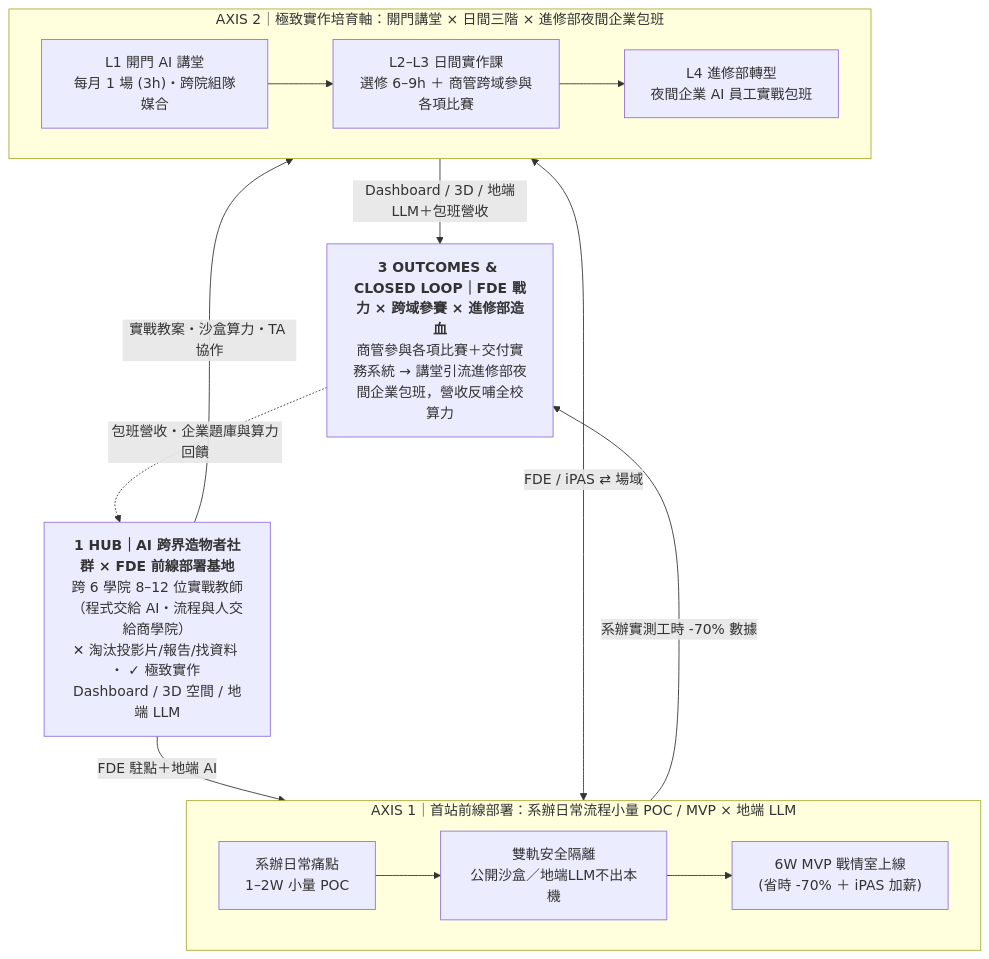
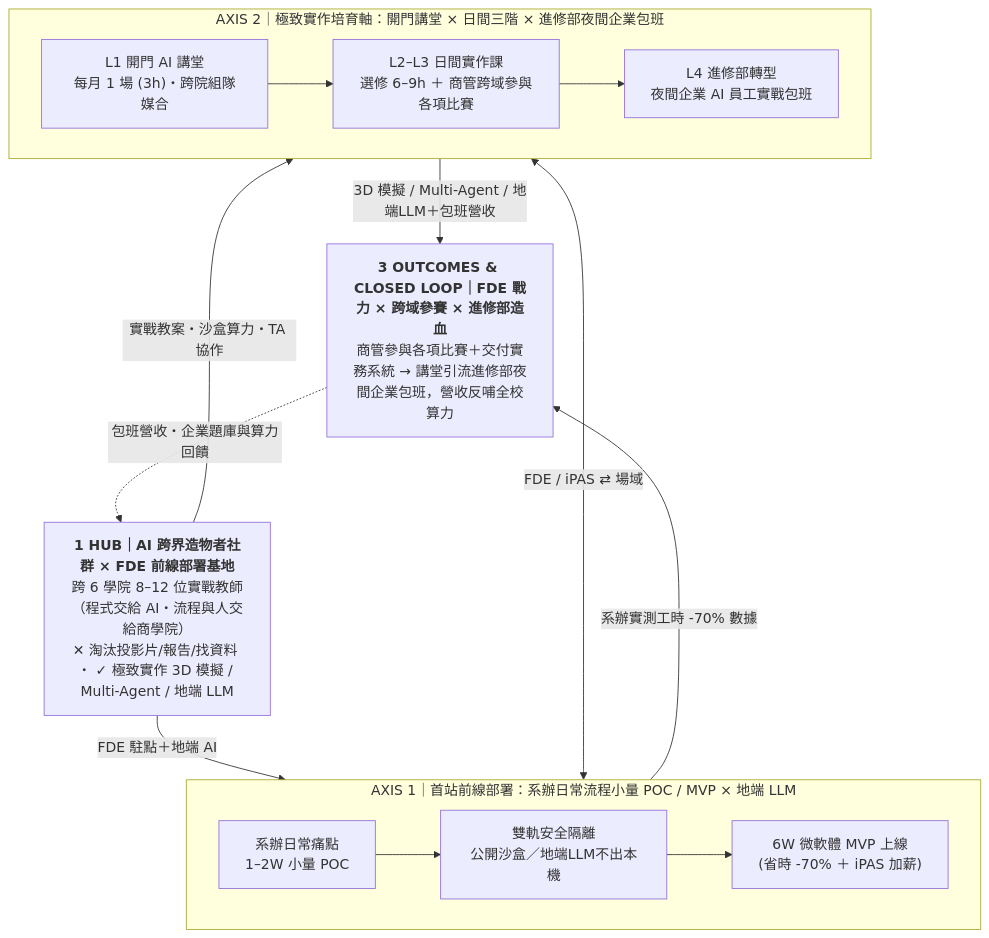
One commit to nutcelvischen-jpg/nutc-ai-open-door changed the first of 4 diagrams in README.md. Above: the diagram before and after it, drawn with Mermaid. The commit also changed other lines of this file and 2 other files, not shown here.

Commit message:
refactor: replace overused 2D dashboards with Multi-Agent cross-system business & multilingual automation

````diff
--- a/README.md
+++ b/README.md
@@ -16,24 +16,24 @@
 ```mermaid
 flowchart TB
-    HUB["<b>1 HUB｜AI 跨界造物者社群 × FDE 前線部署基地</b><br/>跨 6 學院 8–12 位實戰教師（程式交給 AI・流程與人交給商學院）<br/>✕ 淘汰投影片/報告/找資料 ・ ✓ 極致實作 Dashboard / 3D 空間 / 地端 LLM"]
+    HUB["<b>1 HUB｜AI 跨界造物者社群 × FDE 前線部署基地</b><br/>跨 6 學院 8–12 位實戰教師（程式交給 AI・流程與人交給商學院）<br/>✕ 淘汰投影片/報告/找資料 ・ ✓ 極致實作 3D 模擬 / Multi-Agent / 地端 LLM"]
 
     HUB -->|"FDE 駐點＋地端 AI"| A1
     HUB -->|"實戰教案・沙盒算力・TA 協作"| A2
 
     subgraph A1["AXIS 1｜首站前線部署：系辦日常流程小量 POC / MVP × 地端 LLM"]
         direction LR
-        P1["系辦日常痛點<br/>1–2W 小量 POC"] --> P2["雙軌安全隔離<br/>公開沙盒／地端LLM不出本機"] --> P3["6W MVP 戰情室上線<br/>(省時 -70% ＋ iPAS 加薪)"]
+        P1["系辦日常痛點<br/>1–2W 小量 POC"] --> P2["雙軌安全隔離<br/>公開沙盒／地端LLM不出本機"] --> P3["6W 微軟體 MVP 上線<br/>(省時 -70% ＋ iPAS 加薪)"]
     end
 
     subgraph A2["AXIS 2｜極致實作培育軸：開門講堂 × 日間三階 × 進修部夜間企業包班"]
         direction LR
         L1["L1 開門 AI 講堂<br/>每月 1 場 (3h)・跨院組隊媒合"] --> L2["L2–L3 日間實作課<br/>選修 6–9h ＋ 商管跨域參與各項比賽"] --> L4["L4 進修部轉型<br/>夜間企業 AI 員工實戰包班"]
     end
 
     A1 <-->|"FDE / iPAS ⇄ 場域"| A2
     A1 -->|"系辦實測工時 -70% 數據"| LOOP
-    A2 -->|"Dashboard / 3D / 地端LLM＋包班營收"| LOOP
+    A2 -->|"3D 模擬 / Multi-Agent / 地端LLM＋包班營收"| LOOP
 
     LOOP["<b>3 OUTCOMES & CLOSED LOOP｜FDE 戰力 × 跨域參賽 × 進修部造血</b><br/>商管參與各項比賽＋交付實務系統 → 講堂引流進修部夜間企業包班，營收反哺全校算力"]
     LOOP -.->|"包班營收・企業題庫與算力回饋"| HUB
 ```
````
